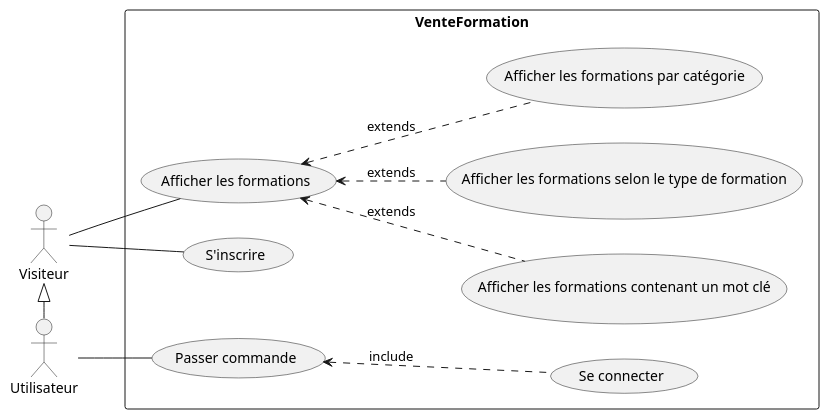
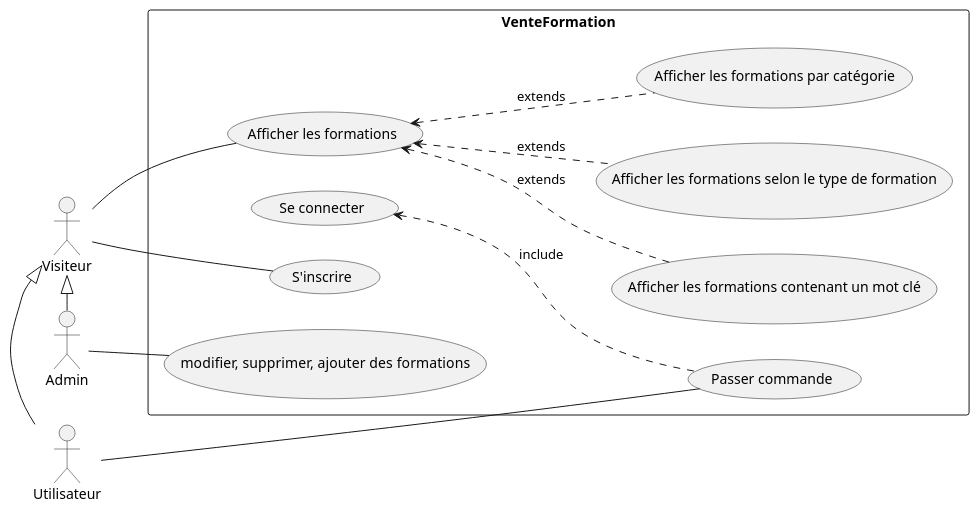
The diagram in doc/uml/1-use_case/venteFormation-use_case.puml (DucasseRafael91/VenteFormation), drawn with PlantUML before and after one commit. The commit also changed 3 other files, not shown here.

```diff
--- a/doc/uml/1-use_case/venteFormation-use_case.puml
+++ b/doc/uml/1-use_case/venteFormation-use_case.puml
@@ -1,29 +1,33 @@
 @startuml venteFormation_use_case
 
 left to right direction
 
 actor Visiteur as v
 actor Utilisateur as u
+actor Admin as a
 
 v <|-right- u
+v <|-right- a
 
 rectangle VenteFormation {
   usecase "Afficher les formations" as UC1
   usecase "Afficher les formations par catégorie" as UC2
   usecase "Afficher les formations contenant un mot clé" as UC3
   usecase "Afficher les formations selon le type de formation" as UC4
   usecase "Passer commande" as UC5
   usecase "Se connecter" as UC6
   usecase "S'inscrire" as UC7
+  usecase "modifier, supprimer, ajouter des formations" as UC8
 }
 
 v -- UC1
 v -- UC7
 u -- UC5
+a -- UC8
 
  UC2 .up.> UC1 : extends
  UC3 .up.> UC1 : extends
  UC4 .up.> UC1 : extends
- UC6 .up.> UC5 : include
+ UC5 .up.> UC6 : include
 
 @enduml
```
